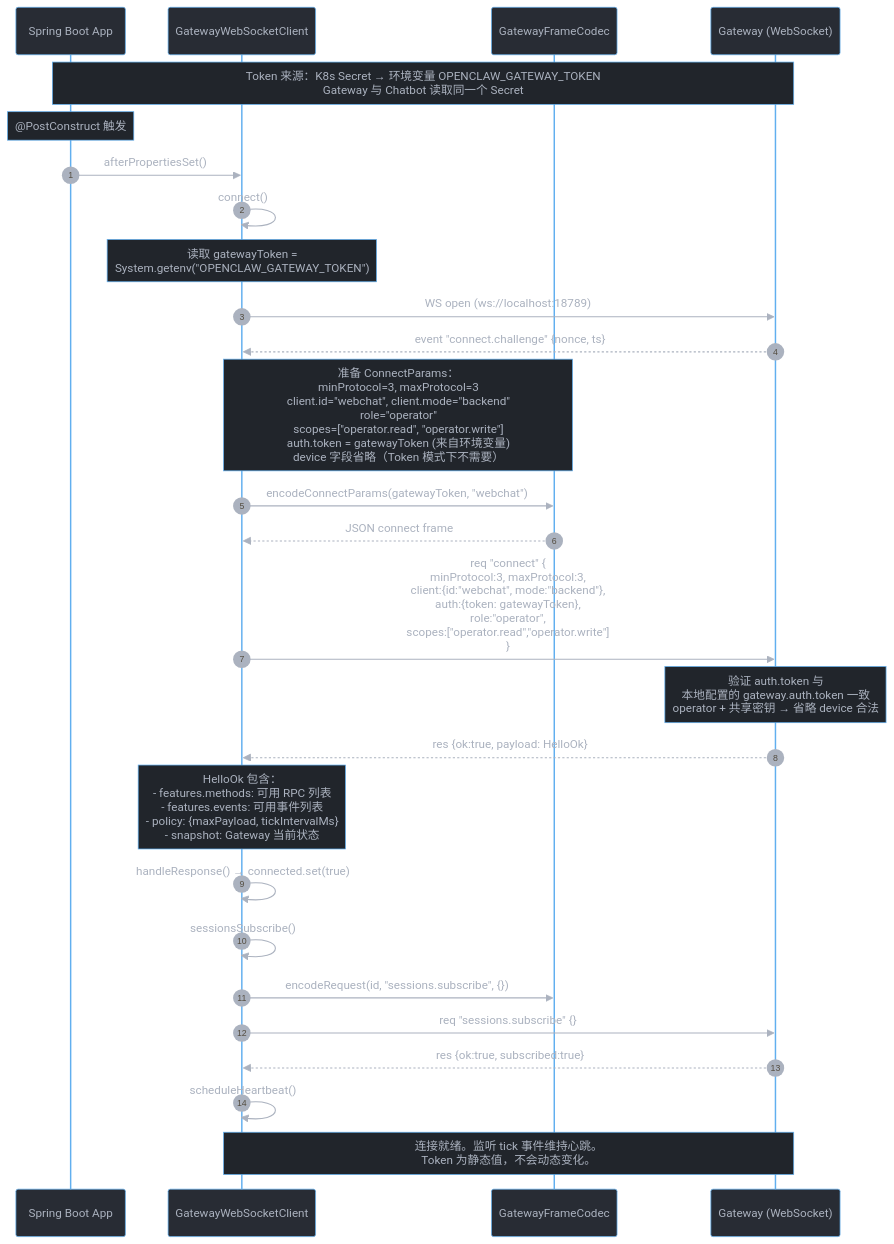
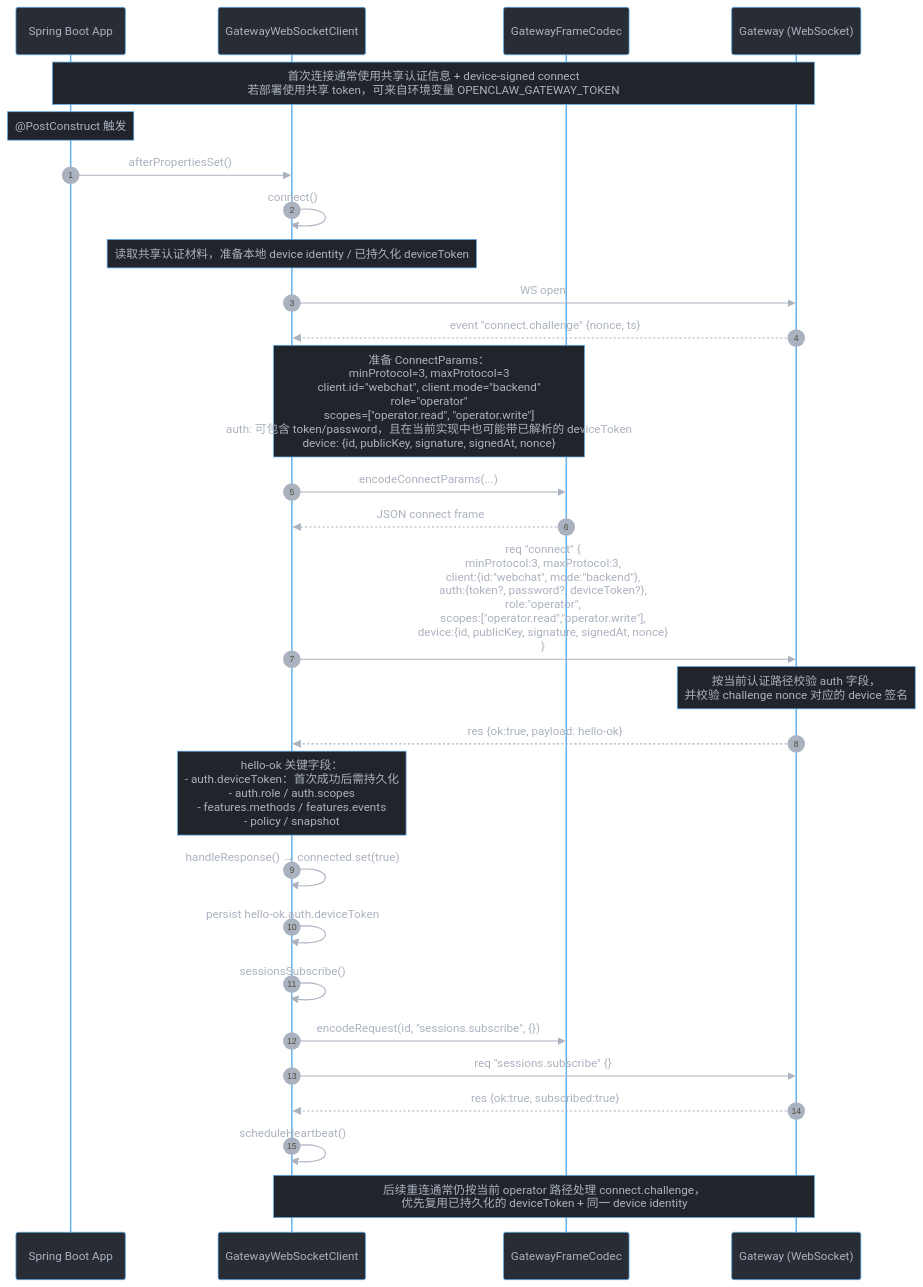
One commit to lzhshen/openclaw changed diagram 12 of 15 in mydoc/openclaw-gateway-chatbot-class-design.md. Above: the diagram before and after it, drawn with Mermaid. The commit also changed other lines of this file, not shown here.

````diff
--- a/mydoc/openclaw-gateway-chatbot-class-design.md
+++ b/mydoc/openclaw-gateway-chatbot-class-design.md
@@ -609,43 +612,44 @@
 ```mermaid
 %%{init: {'theme': 'base', 'themeVariables': { 'primaryColor': '#282c34', 'edgeLabelBackground': '#282c34', 'mainBkg': '#282c34', 'primaryTextColor': '#abb2bf', 'lineColor': '#abb2bf', 'tertiaryColor': '#21252b', 'clusterBkg': '#21252b', 'clusterBorder': '#61afef', 'fontFamily': 'arial', 'actorBkg': '#282c34', 'actorBorder': '#61afef', 'actorTextColor': '#abb2bf', 'signalColor': '#abb2bf', 'signalTextColor': '#abb2bf', 'noteBkgColor': '#21252b', 'noteTextColor': '#abb2bf', 'noteBorderColor': '#61afef'}}}%%
 sequenceDiagram
     autonumber
     participant App as Spring Boot App
     participant GWC as GatewayWebSocketClient
     participant FC as GatewayFrameCodec
     participant GW as Gateway (WebSocket)
 
-    Note over App,GW: Token 来源：K8s Secret → 环境变量 OPENCLAW_GATEWAY_TOKEN<br/>Gateway 与 Chatbot 读取同一个 Secret
+    Note over App,GW: 首次连接通常使用共享认证信息 + device-signed connect<br/>若部署使用共享 token，可来自环境变量 OPENCLAW_GATEWAY_TOKEN
 
     Note over App: @PostConstruct 触发
 
     App->>GWC: afterPropertiesSet()
     GWC->>GWC: connect()
-    Note over GWC: 读取 gatewayToken =<br/>System.getenv("OPENCLAW_GATEWAY_TOKEN")
+    Note over GWC: 读取共享认证材料，准备本地 device identity / 已持久化 deviceToken
 
-    GWC->>GW: WS open (ws://localhost:18789)
+    GWC->>GW: WS open
     GW-->>GWC: event "connect.challenge" {nonce, ts}
 
-    Note over GWC,FC: 准备 ConnectParams：<br/>minProtocol=3, maxProtocol=3<br/>client.id="webchat", client.mode="backend"<br/>role="operator"<br/>scopes=["operator.read", "operator.write"]<br/>auth.token = gatewayToken (来自环境变量)<br/>device 字段省略（Token 模式下不需要）
+    Note over GWC,FC: 准备 ConnectParams：<br/>minProtocol=3, maxProtocol=3<br/>client.id="webchat", client.mode="backend"<br/>role="operator"<br/>scopes=["operator.read", "operator.write"]<br/>auth: 可包含 token/password，且在当前实现中也可能带已解析的 deviceToken<br/>device: {id, publicKey, signature, signedAt, nonce}
 
-    GWC->>FC: encodeConnectParams(gatewayToken, "webchat")
+    GWC->>FC: encodeConnectParams(...)
     FC-->>GWC: JSON connect frame
 
-    GWC->>GW: req "connect" {<br/>  minProtocol:3, maxProtocol:3,<br/>  client:{id:"webchat", mode:"backend"},<br/>  auth:{token: gatewayToken},<br/>  role:"operator",<br/>  scopes:["operator.read","operator.write"]<br/>}
+    GWC->>GW: req "connect" {<br/>  minProtocol:3, maxProtocol:3,<br/>  client:{id:"webchat", mode:"backend"},<br/>  auth:{token?, password?, deviceToken?},<br/>  role:"operator",<br/>  scopes:["operator.read","operator.write"],<br/>  device:{id, publicKey, signature, signedAt, nonce}<br/>}
 
-    Note over GW: 验证 auth.token 与<br/>本地配置的 gateway.auth.token 一致<br/>operator + 共享密钥 → 省略 device 合法
+    Note over GW: 按当前认证路径校验 auth 字段，<br/>并校验 challenge nonce 对应的 device 签名
 
-    GW-->>GWC: res {ok:true, payload: HelloOk}
+    GW-->>GWC: res {ok:true, payload: hello-ok}
 
-    Note over GWC: HelloOk 包含：<br/>- features.methods: 可用 RPC 列表<br/>- features.events: 可用事件列表<br/>- policy: {maxPayload, tickIntervalMs}<br/>- snapshot: Gateway 当前状态
+    Note over GWC: hello-ok 关键字段：<br/>- auth.deviceToken：首次成功后需持久化<br/>- auth.role / auth.scopes<br/>- features.methods / features.events<br/>- policy / snapshot
 
     GWC->>GWC: handleResponse() → connected.set(true)
+    GWC->>GWC: persist hello-ok.auth.deviceToken
 
     GWC->>GWC: sessionsSubscribe()
     GWC->>FC: encodeRequest(id, "sessions.subscribe", {})
     GWC->>GW: req "sessions.subscribe" {}
     GW-->>GWC: res {ok:true, subscribed:true}
 
     GWC->>GWC: scheduleHeartbeat()
-    Note over GWC,GW: 连接就绪。监听 tick 事件维持心跳。<br/>Token 为静态值，不会动态变化。
+    Note over GWC,GW: 后续重连通常仍按当前 operator 路径处理 connect.challenge，<br/>优先复用已持久化的 deviceToken + 同一 device identity
 ```
````
